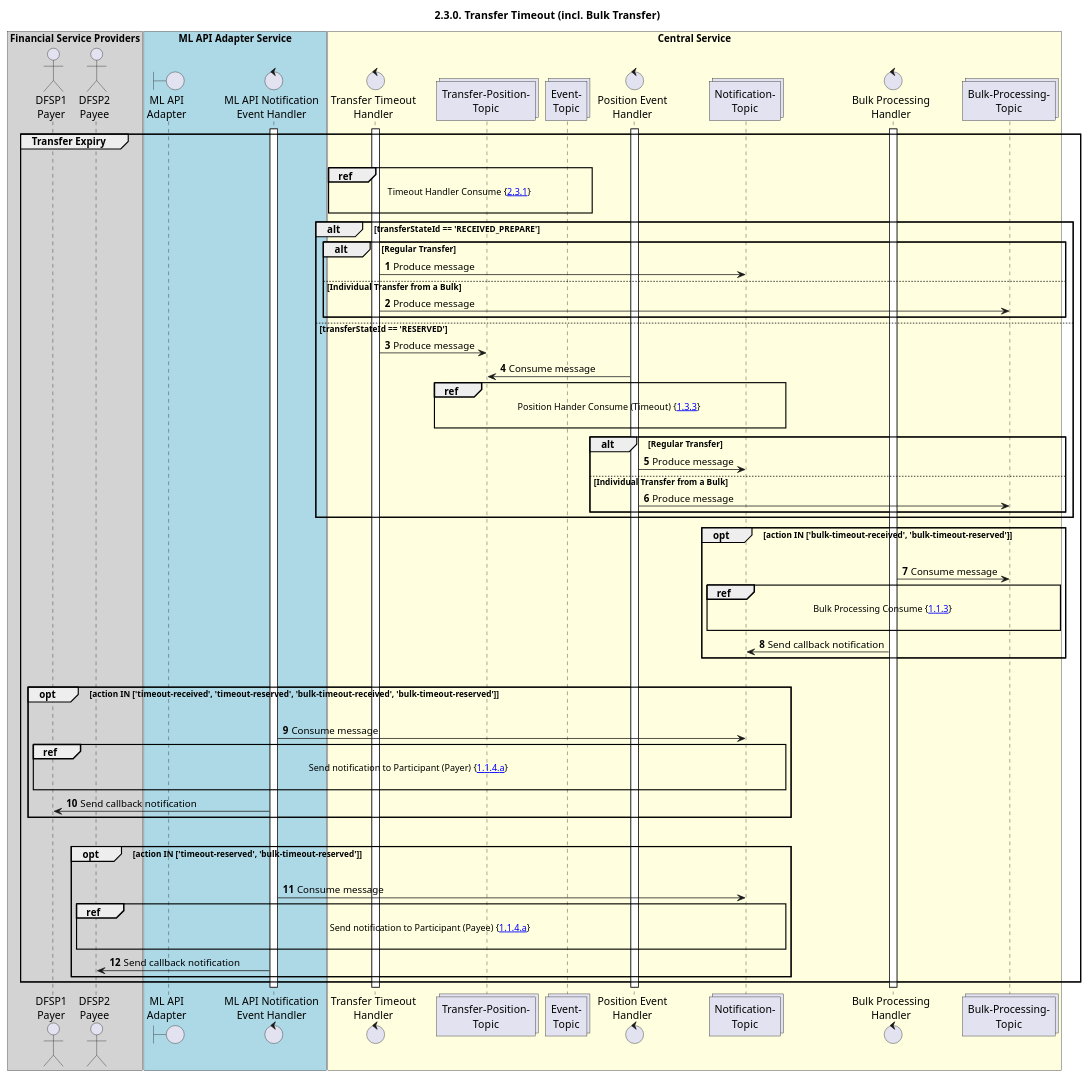
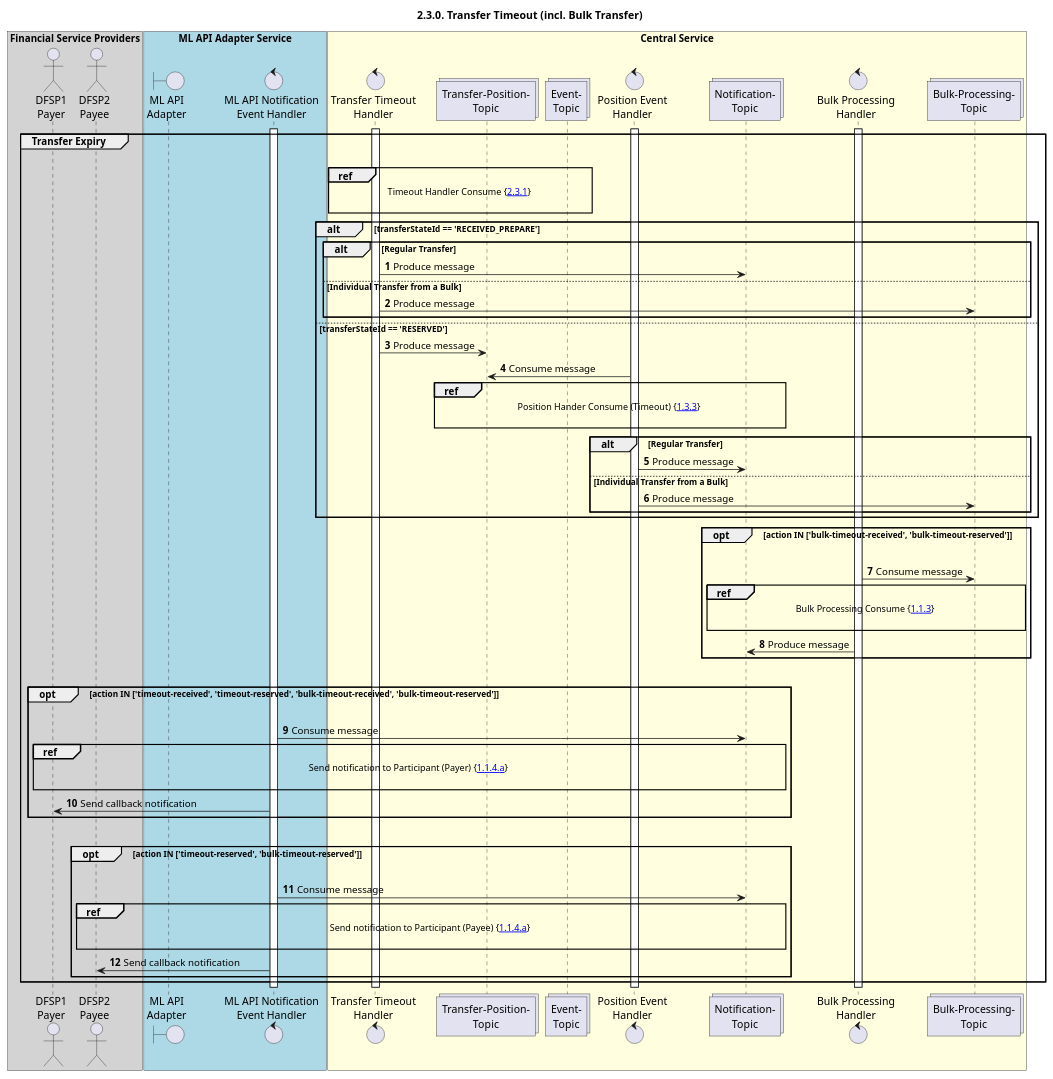
The diagram in mojaloop-technical-overview/central-bulk-transfers/assets/diagrams/sequence/seq-timeout-2.3.0.plantuml (mojaloop/documentation), drawn with PlantUML before and after one commit.

Commit message:
Changed a label to "Produce message"

```diff
--- a/mojaloop-technical-overview/central-bulk-transfers/assets/diagrams/sequence/seq-timeout-2.3.0.plantuml
+++ b/mojaloop-technical-overview/central-bulk-transfers/assets/diagrams/sequence/seq-timeout-2.3.0.plantuml
@@ -25,96 +25,96 @@
 @startuml
 ' declate title
 title 2.3.0. Transfer Timeout (incl. Bulk Transfer)
 
 autonumber
 
 ' Actor Keys:
 '   boundary - APIs/Interfaces, etc
 '   collections - Kafka Topics
 '   control - Kafka Consumers
 '   entity - Database Access Objects
 '   database - Database Persistance Store
 
 ' declare actors
 actor "DFSP1\nPayer" as DFSP1
 actor "DFSP2\nPayee" as DFSP2
 boundary "ML API\nAdapter" as MLAPI
 control "ML API Notification\nEvent Handler" as NOTIFY_HANDLER
 control "Transfer Timeout\nHandler" as EXP_HANDLER
 collections "Transfer-Position-\nTopic" as TOPIC_TRANSFER_POSITION
 control "Position Event\nHandler" as POS_HANDLER
 control "Bulk Processing\nHandler" as BULK_PROCESSING_HANDLER
 collections "Notification-\nTopic" as TOPIC_NOTIFICATIONS
 collections "Event-\nTopic" as TOPIC_EVENT
 collections "Bulk-Processing-\nTopic" as BULK_PROCESSING_TOPIC
 
 box "Financial Service Providers" #lightGray
 	participant DFSP1
 	participant DFSP2
 end box
 
 box "ML API Adapter Service" #LightBlue
 	participant MLAPI
 	participant NOTIFY_HANDLER
 end box
 
 box "Central Service" #LightYellow
     participant EXP_HANDLER
     participant TOPIC_TRANSFER_POSITION
     participant TOPIC_EVENT
     participant POS_HANDLER
     participant TOPIC_NOTIFICATIONS
     participant BULK_PROCESSING_HANDLER
     participant BULK_PROCESSING_TOPIC
 end box
 
 ' start flow
 activate NOTIFY_HANDLER
 activate EXP_HANDLER
 activate POS_HANDLER
 activate BULK_PROCESSING_HANDLER
 group Transfer Expiry
     |||
     ref over EXP_HANDLER, TOPIC_EVENT :  Timeout Handler Consume {[[https://TODO-input-path-to/**/seq-timeout-2.3.1.svg 2.3.1]]} \n
     alt transferStateId == 'RECEIVED_PREPARE'
         alt Regular Transfer
             EXP_HANDLER -> TOPIC_NOTIFICATIONS: Produce message
         else Individual Transfer from a Bulk
             EXP_HANDLER -> BULK_PROCESSING_TOPIC: Produce message
         end
     else transferStateId == 'RESERVED'
         EXP_HANDLER -> TOPIC_TRANSFER_POSITION: Produce message
         TOPIC_TRANSFER_POSITION <- POS_HANDLER: Consume message
         ref over TOPIC_TRANSFER_POSITION, TOPIC_NOTIFICATIONS :  Position Hander Consume (Timeout) {[[https://TODO-input-path-to/**/seq-position-1.3.3-abort.svg 1.3.3]]} \n
         alt Regular Transfer
             POS_HANDLER -> TOPIC_NOTIFICATIONS: Produce message
         else Individual Transfer from a Bulk
             POS_HANDLER -> BULK_PROCESSING_TOPIC: Produce message
         end
     end
     opt action IN ['bulk-timeout-received', 'bulk-timeout-reserved']
         |||
         BULK_PROCESSING_TOPIC <- BULK_PROCESSING_HANDLER: Consume message
         ref over TOPIC_NOTIFICATIONS, BULK_PROCESSING_TOPIC : Bulk Processing Consume {[[https://TODO-input-path-to/**/seq-bulk-processing-1.1.3.svg 1.1.3]]} \n
-        BULK_PROCESSING_HANDLER -> TOPIC_NOTIFICATIONS: Send callback notification
+        BULK_PROCESSING_HANDLER -> TOPIC_NOTIFICATIONS: Produce message
     end
     |||
     opt action IN ['timeout-received', 'timeout-reserved', 'bulk-timeout-received', 'bulk-timeout-reserved']
         |||
         TOPIC_NOTIFICATIONS <- NOTIFY_HANDLER: Consume message
         ref over DFSP1, TOPIC_NOTIFICATIONS : Send notification to Participant (Payer) {[[https://TODO-input-path-to/**/seq-prepare-1.1.4.a.svg 1.1.4.a]]} \n
         NOTIFY_HANDLER -> DFSP1: Send callback notification
     end
     |||
     opt action IN ['timeout-reserved', 'bulk-timeout-reserved']
         |||
         TOPIC_NOTIFICATIONS <- NOTIFY_HANDLER: Consume message
         ref over DFSP2, TOPIC_NOTIFICATIONS : Send notification to Participant (Payee) {[[https://TODO-input-path-to/**/seq-prepare-1.1.4.a.svg 1.1.4.a]]} \n
         NOTIFY_HANDLER -> DFSP2: Send callback notification
     end
 end
 deactivate BULK_PROCESSING_HANDLER
 deactivate POS_HANDLER
 deactivate EXP_HANDLER
 deactivate NOTIFY_HANDLER
 @enduml
```
